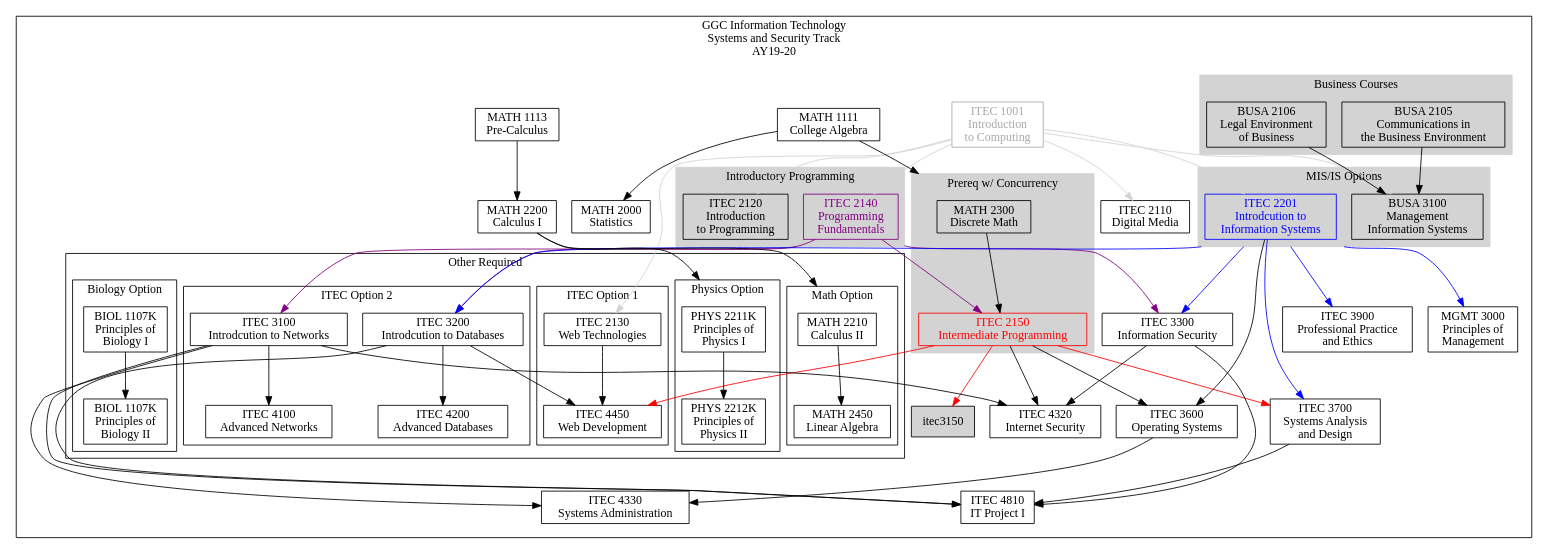
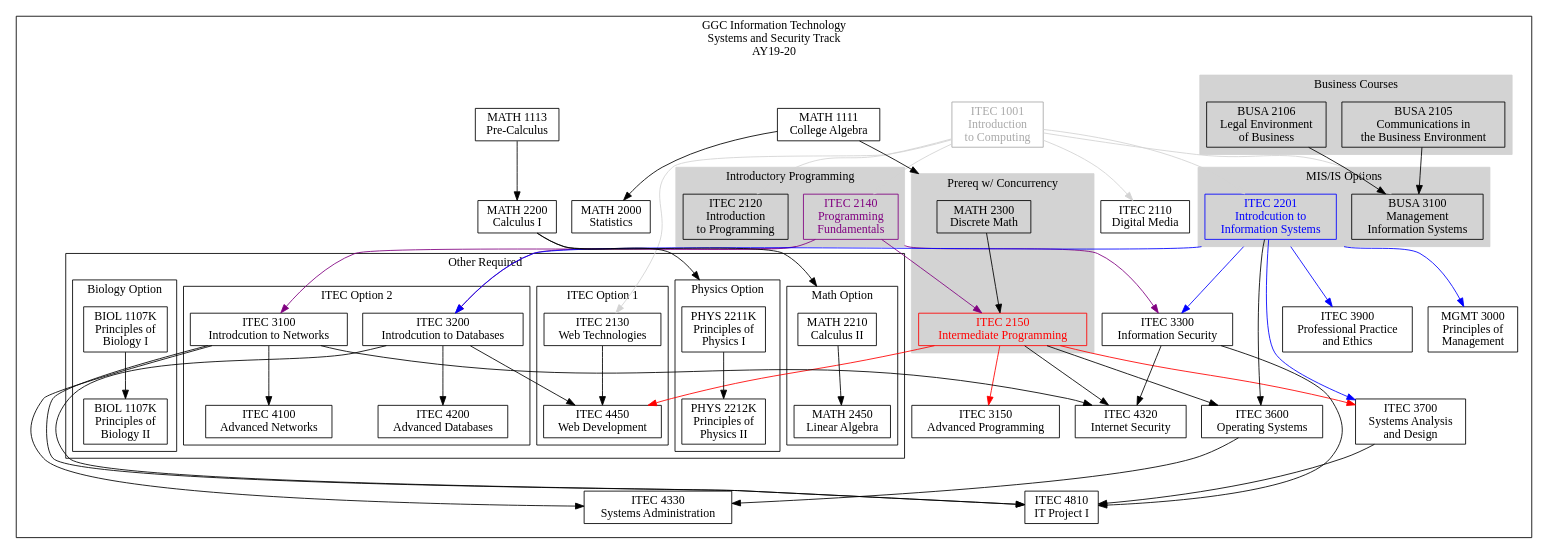
The diagram in AY19-20/SystemsSecurity.dot (rjlutz/itec-plans), drawn with Graphviz before and after one commit. The commit also changed 5 other files, not shown here.

```diff
--- a/AY19-20/SystemsSecurity.dot
+++ b/AY19-20/SystemsSecurity.dot
@@ -1,163 +1,164 @@
 digraph G {
 
     node [shape = record, fontname="Sans serif" fontsize="14"];
     compound = true //  needed to link clusters and nodes
     splines = true
     ranksep=0.75
 
      // All
     itec1001[label = "ITEC 1001\nIntroduction \nto Computing" color=darkgray fontcolor=darkgray]
     itec2110[label = "ITEC 2110\nDigital Media"]
     itec2120[label = "ITEC 2120\nIntroduction\nto Programming"]
     itec2130[label = "ITEC 2130\nWeb Technologies"]
     itec2140[label = "ITEC 2140\nProgramming \nFundamentals" color=purple fontcolor=purple]
     itec2150[label = "ITEC 2150\nIntermediate Programming" color=red fontcolor=red]
     itec2201[label = "ITEC 2201\nIntrodcution to\nInformation Systems" color=blue fontcolor=blue]
     itec3100[label = "ITEC 3100\nIntrodcution to Networks"]
     itec3200[label = "ITEC 3200\nIntrodcution to Databases"]
     itec3900[label = "ITEC 3900\nProfessional Practice\nand Ethics"]
     busa2105[label = "BUSA 2105\nCommunications in\nthe Business Environment"]
     busa2106[label = "BUSA 2106\nLegal Environment\nof Business"]
     busa3100[label = "BUSA 3100\nManagement \nInformation Systems"]
     math1111[label = "MATH 1111\nCollege Algebra"]
     math1113[label = "MATH 1113\nPre-Calculus"]
     math2300[label = "MATH 2300\nDiscrete Math"]
     math2000[label = "MATH 2000\nStatistics"]
     math2200[label = "MATH 2200\nCalculus I"]
     mgmt3000[label = "MGMT 3000\nPrinciples of\nManagement"]
 
     //Systems and Seurity
+    itec3150[label = "ITEC 3150\nAdvanced Programming"]
     itec3300[label = "ITEC 3300\nInformation Security"]
     itec3600[label = "ITEC 3600\nOperating Systems"]
     itec3700[label = "ITEC 3700\nSystems Analysis\nand Design"]
     itec4100[label = "ITEC 4100\nAdvanced Networks"]
     itec4200[label = "ITEC 4200\nAdvanced Databases"]
     itec4320[label = "ITEC 4320\nInternet Security"]
     itec4330[label = "ITEC 4330\nSystems Administration"]
     itec4450[label = "ITEC 4450\nWeb Development"]
     itec4810[label = "ITEC 4810\nIT Project I"]
     math2210[label = "MATH 2210\nCalculus II"]
     math2450[label = "MATH 2450\nLinear Algebra"]
     phys2211k[label = "PHYS 2211K\nPrinciples of\nPhysics I"]
     phys2212k[label = "PHYS 2212K\nPrinciples of\nPhysics II"]
     biol1107k[label = "BIOL 1107K\nPrinciples of\nBiology I"]
     biol1108k[label = "BIOL 1107K\nPrinciples of\nBiology II"]
 
 
     subgraph clusterss {
         label="GGC Information Technology\nSystems and Security Track\nAY19-20"
 
         subgraph clusterrequired {
             label=""
             node [style=filled];
             style=filled;
 
             color="#FFFFFF";
 
             itec1001 -> itec2110  [color=lightgray]
             itec1001 -> itec2120 [color=lightgray]
             itec1001 -> itec2130 [color=lightgray]
             itec1001 -> itec2201 [color=lightgray]
             itec1001 -> busa3100 [color=lightgray]
             itec2140 -> itec2150 [color=purple]
             itec2140 -> itec3100 [color=purple]
             itec2150 -> itec3150 [lltail=clusterdiscrete color=red]
             itec2201 -> itec3200 [ltail=cluster22013100 color=blue]
             itec2140 -> itec3200 [ltail=cluster21202140 color=purple]
 
             itec2201 -> itec3300 [ltail=cluster22013100 color=blue]
             itec2140 -> itec3300 [ltail=cluster21202140 color=purple]
             itec2150 -> itec3600 
             itec2201 -> itec3600
             itec2150 -> itec4320
             itec3100 -> itec4320
             itec3300 -> itec4320
             itec3100 -> itec4330
             itec3600 -> itec4330
             itec3100 -> itec4810
             itec3200 -> itec4810
             itec3300 -> itec4810
             itec3700 -> itec4810
 
             busa2106 -> busa3100
             busa2105 -> busa3100
             itec1001 -> itec2140 [color=lightgray]
 
             itec2150 -> itec3700 [lltail=clusterdiscrete color=red]
             itec2201 -> itec3700 [color=blue]
 
             itec2201 -> itec3900 [ltail=cluster22013100 color=blue]
             itec2201 -> mgmt3000 [ltail=cluster22013100 color=blue]
 
             math1113 -> math2200
             math1111 -> math2000
             math1111 -> math2300 [lhead=clusterdiscrete]
             math2200 -> math2210 [lhead=clustermathopt]
             itec3200 -> itec4450
 
             math2200 -> phys2211k [lhead=clusterphysopt]
 
             subgraph cluster21202140 {
                 label = "Introductory Programming";
                 color=lightgrey;
                 itec2120
                 itec2140
             }
             subgraph cluster22013100 {
                 label = "MIS/IS Options";
                 color=lightgrey;
                 itec2201
                 busa3100
             }
             subgraph cluster21052106 {
                 label = "Business Courses"
                 color=lightgrey;
                 busa2105
                 busa2106
             }
             
             subgraph clusterdiscrete {
                 label = "Prereq w/ Concurrency";
                 node [style=filled];
                 style=filled;
                 color=lightgrey;
                 math2300 -> itec2150
             }
 
             subgraph clusterotherrequired {
                 label = "Other Required"
                 node [style=filled];
                 style=filled;
                 graph[style=solid]
                 color=black;
 
                 subgraph clusteritecopt1 {
                     label = "ITEC Option 1";
                     itec2130 -> itec4450
                     itec2150 -> itec4450 [color=red]
                 }
 
                 subgraph clusteritecopt2 {
                     label = "ITEC Option 2";
                     itec3100 -> itec4100
                     itec3200 -> itec4200
                 }
 
                 subgraph clusterbiolopt {
                     label = "Biology Option";
                     biol1107k -> biol1108k
                 }
 
                 subgraph clustermathopt {
                     label = "Math Option";
                     math2210 -> math2450
                 }
 
                 subgraph clusterphysopt {
                     label = "Physics Option"
                     phys2211k -> phys2212k
                 }
             }
         }    
     }
 }
```
